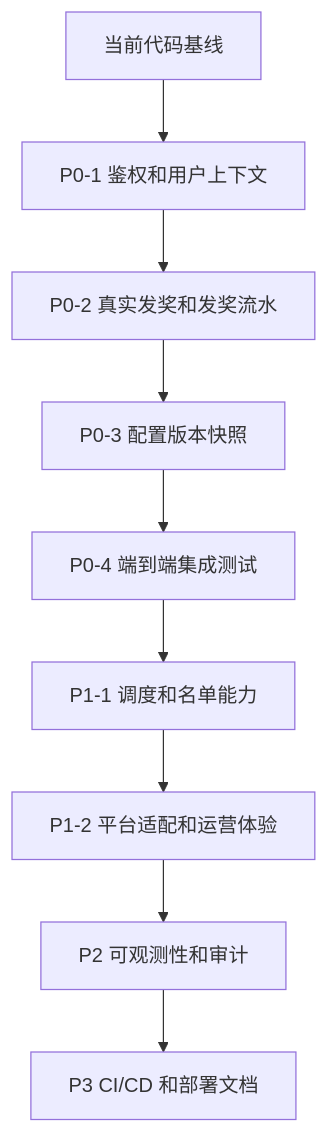
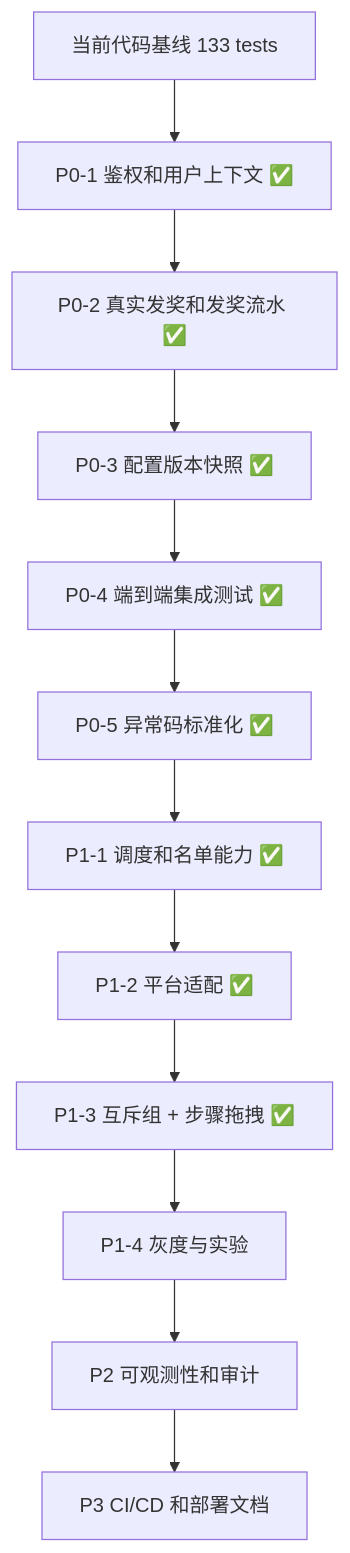
The diagram in docs/current-system-roadmap.md (xuankuxiaohui/marketing-task-platform), drawn with Mermaid before and after one commit. The commit also changed other lines of this file and 7 other files, not shown here.

````diff
--- a/docs/current-system-roadmap.md
+++ b/docs/current-system-roadmap.md
@@ -198,11 +204,14 @@
 ```mermaid
 flowchart TD
-    A[当前代码基线] --> B[P0-1 鉴权和用户上下文]
-    B --> C[P0-2 真实发奖和发奖流水]
-    C --> D[P0-3 配置版本快照]
-    D --> E[P0-4 端到端集成测试]
-    E --> F[P1-1 调度和名单能力]
-    F --> G[P1-2 平台适配和运营体验]
-    G --> H[P2 可观测性和审计]
-    H --> I[P3 CI/CD 和部署文档]
+    A[当前代码基线 133 tests] --> B[P0-1 鉴权和用户上下文 ✅]
+    B --> C[P0-2 真实发奖和发奖流水 ✅]
+    C --> D[P0-3 配置版本快照 ✅]
+    D --> E[P0-4 端到端集成测试 ✅]
+    E --> F[P0-5 异常码标准化 ✅]
+    F --> G[P1-1 调度和名单能力 ✅]
+    G --> H[P1-2 平台适配 ✅]
+    H --> I[P1-3 互斥组 + 步骤拖拽 ✅]
+    I --> J[P1-4 灰度与实验]
+    J --> K[P2 可观测性和审计]
+    K --> L[P3 CI/CD 和部署文档]
 ```
````
